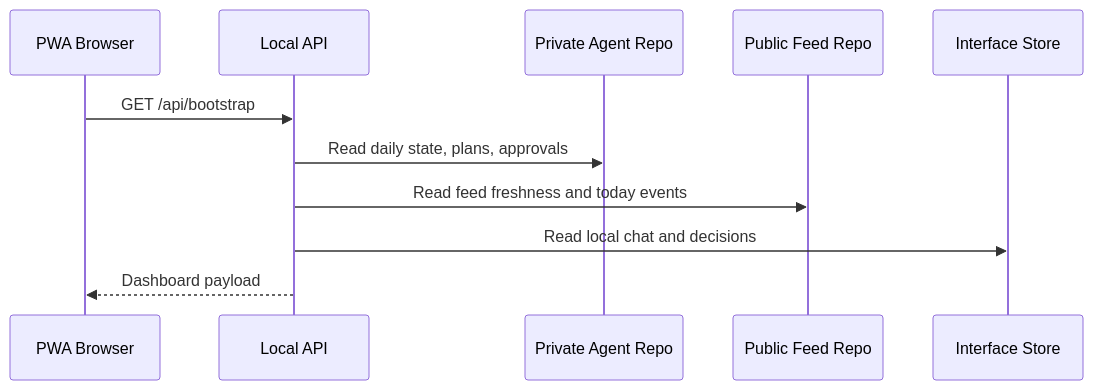
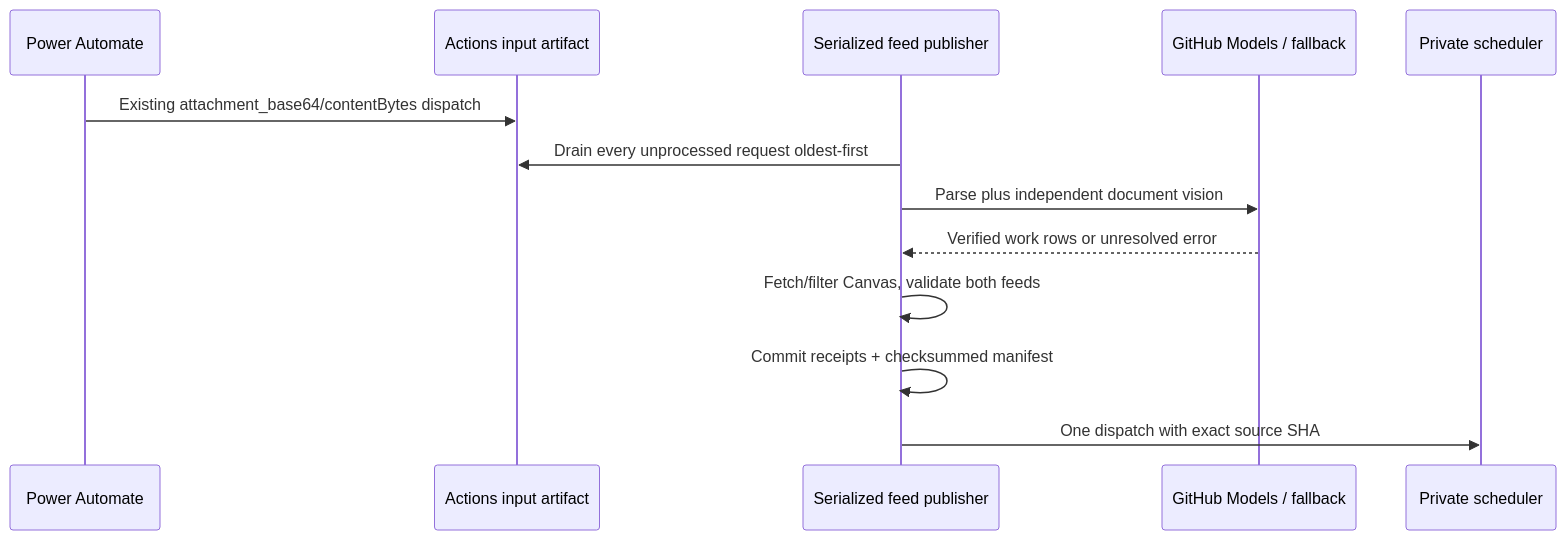
The first of 2 diagrams in docs/workflows.md (SikesDev/Petproject-Jarvis-Atlas), drawn with Mermaid before and after one commit. The commit also changed other lines of this file and 22 other files, not shown here.

Commit message:
Document cloud architecture and remove retired integrations

````diff
--- a/docs/workflows.md
+++ b/docs/workflows.md
@@ -71,14 +5,15 @@
 ```mermaid
 sequenceDiagram
-    participant Browser as PWA Browser
-    participant API as Local API
-    participant Private as Private Agent Repo
-    participant Public as Public Feed Repo
-    participant Store as Interface Store
-
-    Browser->>API: GET /api/bootstrap
-    API->>Private: Read daily state, plans, approvals
-    API->>Public: Read feed freshness and today events
-    API->>Store: Read local chat and decisions
-    API-->>Browser: Dashboard payload
+  participant PA as Power Automate
+  participant Inbox as Actions input artifact
+  participant Publisher as Serialized feed publisher
+  participant Models as GitHub Models / fallback
+  participant Private as Private scheduler
+  PA->>Inbox: Existing attachment_base64/contentBytes dispatch
+  Publisher->>Inbox: Drain every unprocessed request oldest-first
+  Publisher->>Models: Parse plus independent document vision
+  Models-->>Publisher: Verified work rows or unresolved error
+  Publisher->>Publisher: Fetch/filter Canvas, validate both feeds
+  Publisher->>Publisher: Commit receipts + checksummed manifest
+  Publisher->>Private: One dispatch with exact source SHA
 ```
````
